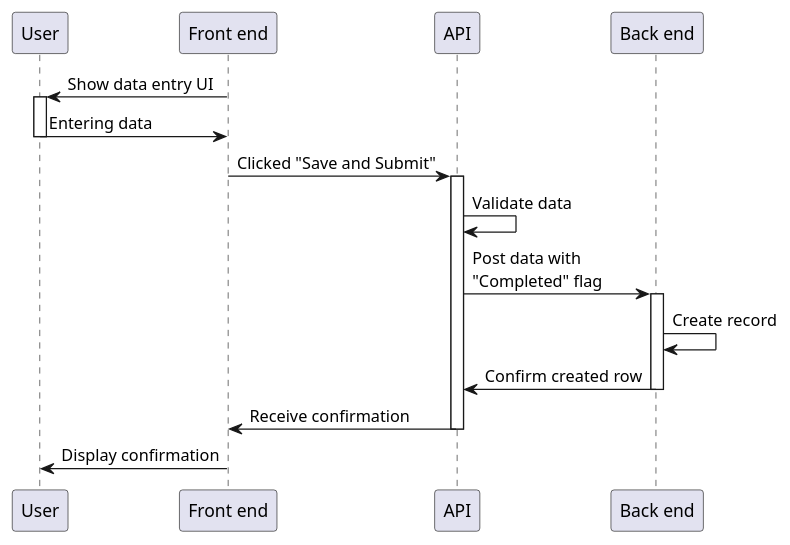
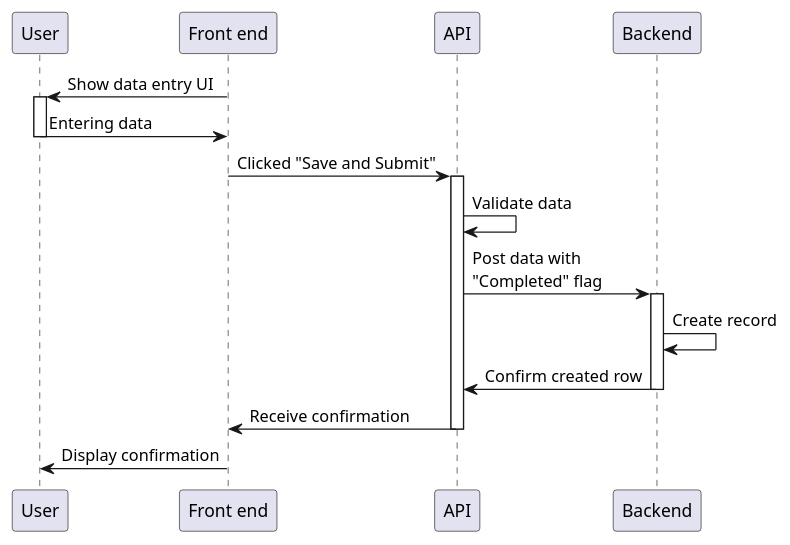
The diagram in design/images/runtime-manual-data-entry.puml (seedcase-project/seedcase-website), drawn with PlantUML before and after one commit. The commit also changed 10 other files, not shown here.

```diff
--- a/design/images/runtime-manual-data-entry.puml
+++ b/design/images/runtime-manual-data-entry.puml
@@ -1,19 +1,19 @@
 @startuml
 
 ' Logged in user who manually writes a new row to the Data Resource.
 
 participant "User" as u
 participant "Front end" as f
 participant "API" as api
-participant "Back end" as db
+participant "Backend" as db
 
 f -> u ++: Show data entry UI
 u -> f --: Entering data
 f -> api ++: Clicked "Save and Submit"
 api -> api : Validate data
 api -> db ++: Post data with\n"Completed" flag
 db -> db : Create record
 db -> api --: Confirm created row
 api -> f --: Receive confirmation
 f -> u --: Display confirmation
 @enduml
```
